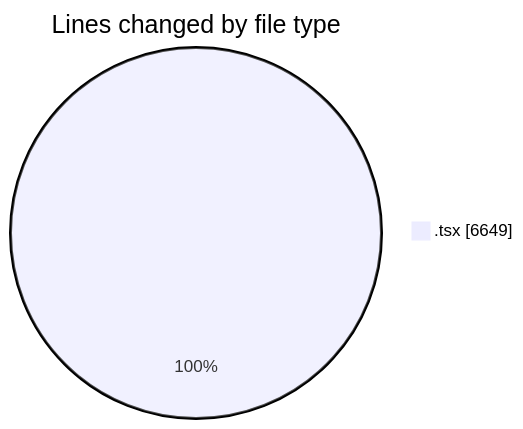
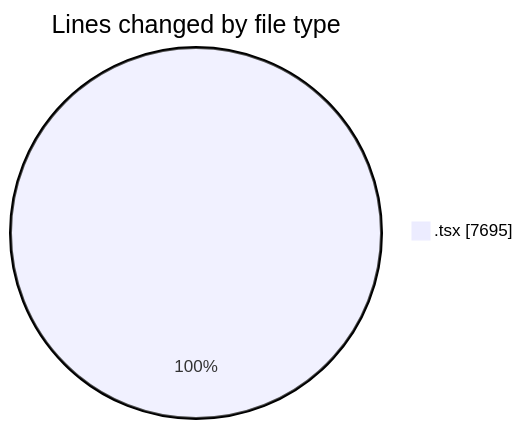
Before and after one commit to nxtqubesakshisongat/code-tracking: the first of 2 diagrams in 2026-07-09/nxtqube_webapp/README.md, drawn with Mermaid. The commit also changed other lines of this file and 1 other file, not shown here.

````diff
--- a/2026-07-09/nxtqube_webapp/README.md
+++ b/2026-07-09/nxtqube_webapp/README.md
@@ -34,5 +34,5 @@
 ```mermaid
 pie showData
 title Lines changed by file type
-".tsx" : 6649
+".tsx" : 7695
 ```
````
